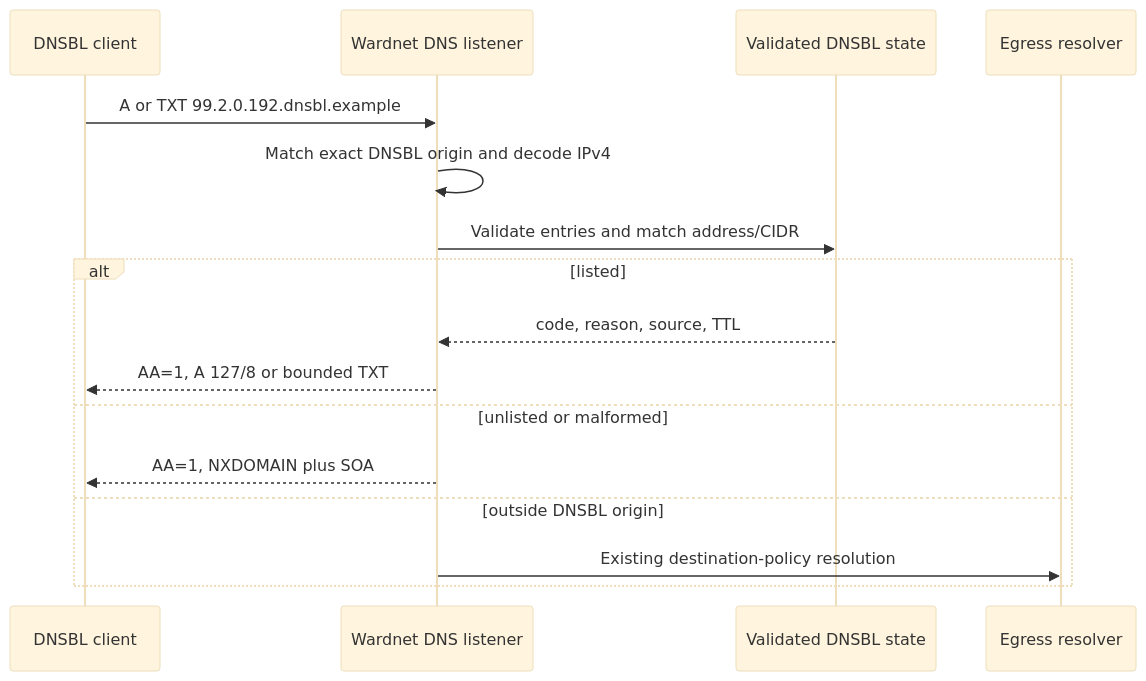
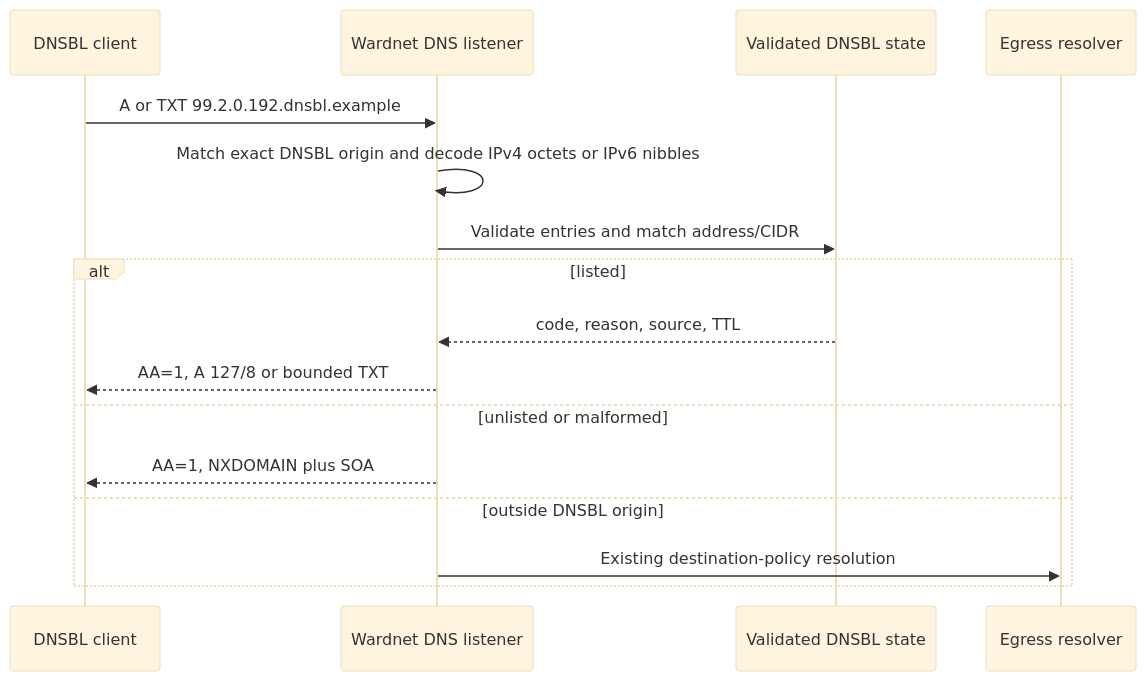
One commit to ContextualWisdomLab/wardnet changed the diagram in docs/doctoring/dnsbl-authoritative-serving.md. Above: the diagram before and after it, drawn with Mermaid (base theme). The commit also changed other lines of this file and 2 other files, not shown here.

Commit message:
feat(dnsbl): resolve IPv6 nibble queries

````diff
--- a/docs/doctoring/dnsbl-authoritative-serving.md
+++ b/docs/doctoring/dnsbl-authoritative-serving.md
@@ -20,18 +21,18 @@
 ```mermaid
 sequenceDiagram
     participant C as DNSBL client
     participant D as Wardnet DNS listener
     participant S as Validated DNSBL state
     participant R as Egress resolver
     C->>D: A or TXT 99.2.0.192.dnsbl.example
-    D->>D: Match exact DNSBL origin and decode IPv4
+    D->>D: Match exact DNSBL origin and decode IPv4 octets or IPv6 nibbles
     D->>S: Validate entries and match address/CIDR
     alt listed
         S-->>D: code, reason, source, TTL
         D-->>C: AA=1, A 127/8 or bounded TXT
     else unlisted or malformed
         D-->>C: AA=1, NXDOMAIN plus SOA
     else outside DNSBL origin
         D->>R: Existing destination-policy resolution
     end
 ```
````
